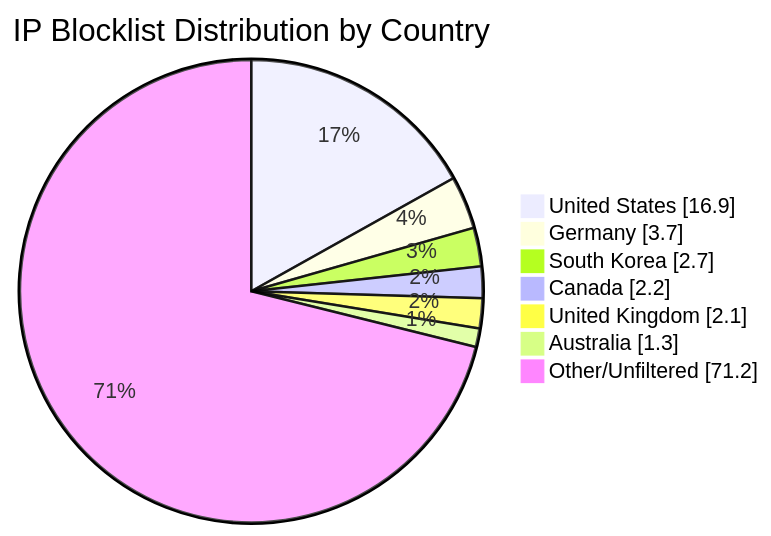
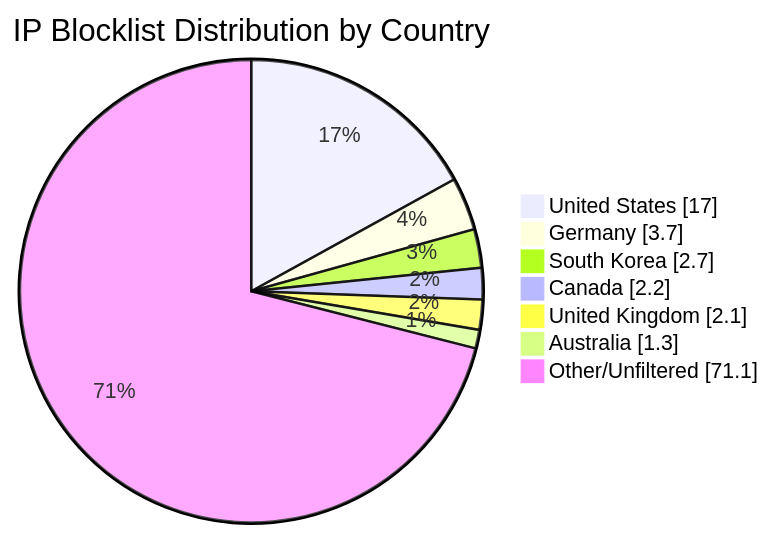
The diagram in README.md (MarcusHoltz/ipblocklist-geofiltered-aggregator), drawn with Mermaid before and after one commit. The commit also changed other lines of this file and 9 other files, not shown here.

````diff
--- a/README.md
+++ b/README.md
@@ -34,10 +34,10 @@
 ```mermaid
 pie showData title IP Blocklist Distribution by Country
-"United States" : 16.9
+"United States" : 17.0
 "Germany" : 3.7
 "South Korea" : 2.7
 "Canada" : 2.2
 "United Kingdom" : 2.1
 "Australia" : 1.3
-"Other/Unfiltered" : 71.2
+"Other/Unfiltered" : 71.1
 ```
````
